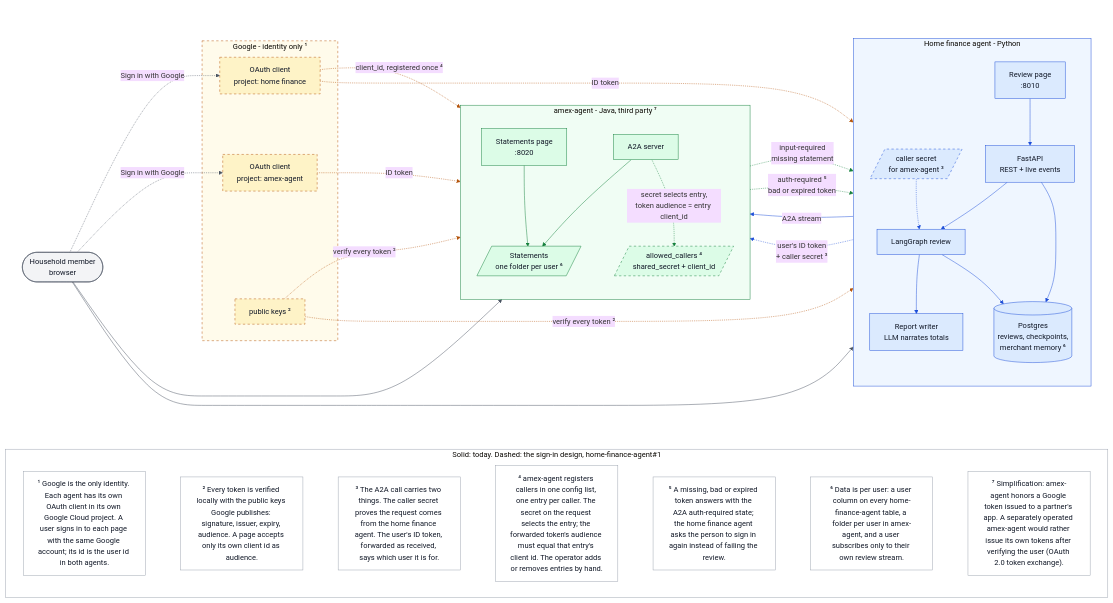
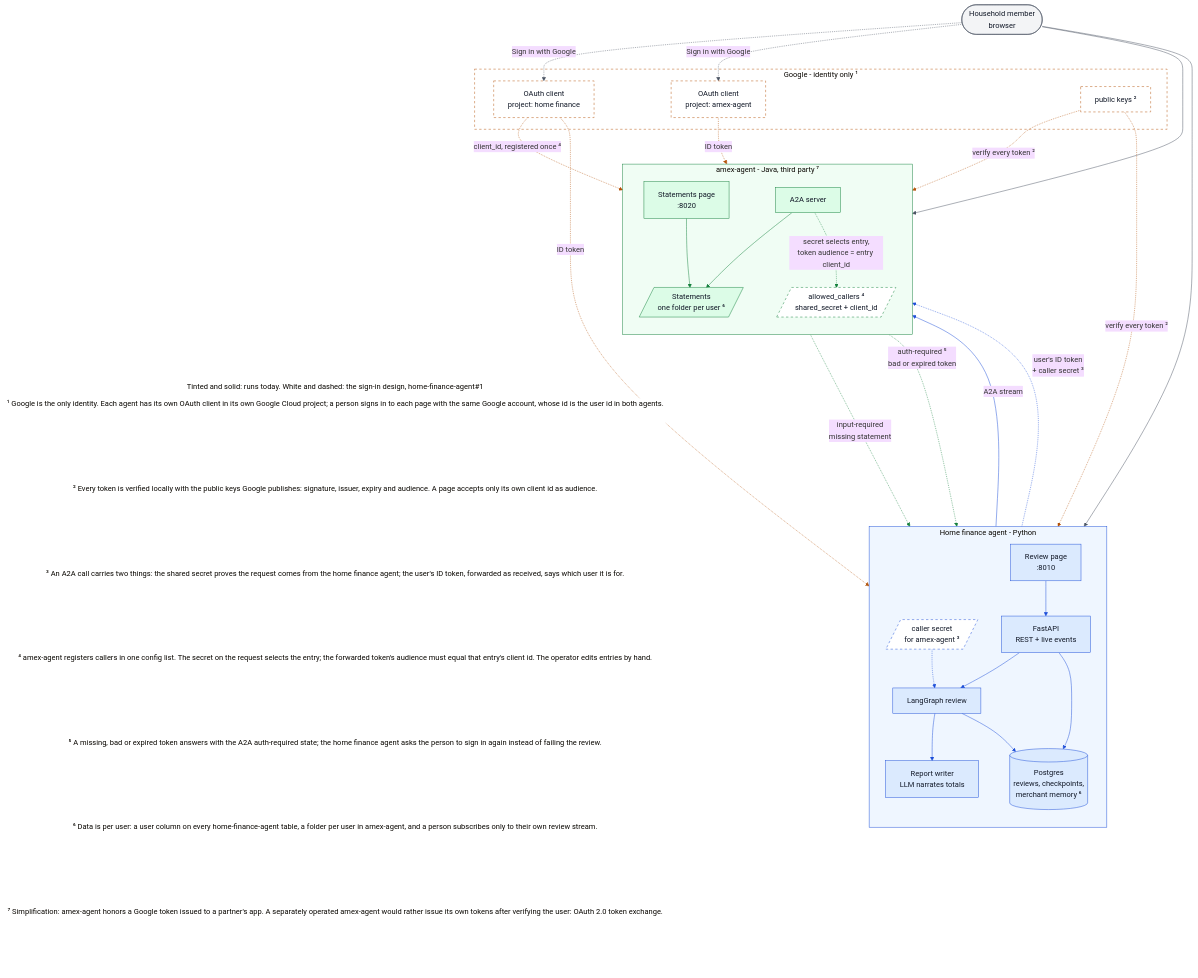
One commit to erancha/home-finance-agent changed the diagram in docs/agents-auth-plan.md. Above: the diagram before and after it, drawn with Mermaid (base theme). The commit also changed other lines of this file, not shown here.

Commit message:
Keep the sign-in diagram legible in renderers that drop dashes and wrap labels
GitHub's Mermaid wraps node text at 200 pixels and Zoom Whiteboard's discards dash styling and
ignores a subgraph's direction, so the diagram read differently in each: a tall strip of notes in
one, no visible distinction between today's pieces and the design in the other.

docs/agents-auth-plan.md now draws the design in plain top-to-bottom layout, marks planned pieces
by white fill as well as dashes, and carries the numbered notes as subgraph titles, which neither
renderer wraps.

#1

````diff
--- a/docs/agents-auth-plan.md
+++ b/docs/agents-auth-plan.md
@@ -14,7 +14,5 @@
 ```mermaid
 flowchart TB
-  subgraph DIAG[ ]
-  direction LR
   U([Household member<br/>browser])
 
   subgraph HFA[Home finance agent  - Python]
@@ -70,43 +68,62 @@
   GC1 -. "client_id, registered once ⁴" .-> AREG
   GK -. "verify every token ²" .-> HFA
   GK -. "verify every token ²" .-> AMX
+
+  subgraph NOTES[Tinted and solid: runs today. White and dashed: the sign-in design, home-finance-agent#1]
+    direction TB
+    subgraph N1[¹ Google is the only identity. Each agent has its own OAuth client in its own Google Cloud project; a person signs in to each page with the same Google account, whose id is the user id in both agents.]
+      n1[ ]
+    end
+    subgraph N2[² Every token is verified locally with the public keys Google publishes: signature, issuer, expiry and audience. A page accepts only its own client id as audience.]
+      n2[ ]
+    end
+    subgraph N3[³ An A2A call carries two things: the shared secret proves the request comes from the home finance agent; the user's ID token, forwarded as received, says which user it is for.]
+      n3[ ]
+    end
+    subgraph N4[⁴ amex-agent registers callers in one config list. The secret on the request selects the entry; the forwarded token's audience must equal that entry's client id. The operator edits entries by hand.]
+      n4[ ]
+    end
+    subgraph N5[⁵ A missing, bad or expired token answers with the A2A auth-required state; the home finance agent asks the person to sign in again instead of failing the review.]
+      n5[ ]
+    end
+    subgraph N6[⁶ Data is per user: a user column on every home-finance-agent table, a folder per user in amex-agent, and a person subscribes only to their own review stream.]
+      n6[ ]
+    end
+    subgraph N7[⁷ Simplification: amex-agent honors a Google token issued to a partner's app. A separately operated amex-agent would rather issue its own tokens after verifying the user: OAuth 2.0 token exchange.]
+      n7[ ]
+    end
+    n1 ~~~ n2 ~~~ n3 ~~~ n4 ~~~ n5 ~~~ n6 ~~~ n7
   end
-
-  subgraph NOTES[Solid: today. Dashed: the sign-in design, home-finance-agent#1]
-    direction LR
-    N1["¹ Google is the only identity. Each agent has its own OAuth client in its own Google Cloud project. A user signs in to each page with the same Google account; its id is the user id in both agents."]
-    N2["² Every token is verified locally with the public keys Google publishes: signature, issuer, expiry, audience. A page accepts only its own client id as audience."]
-    N3["³ The A2A call carries two things. The caller secret proves the request comes from the home finance agent. The user's ID token, forwarded as received, says which user it is for."]
-    N4["⁴ amex-agent registers callers in one config list, one entry per caller. The secret on the request selects the entry; the forwarded token's audience must equal that entry's client id. The operator adds or removes entries by hand."]
-    N5["⁵ A missing, bad or expired token answers with the A2A auth-required state; the home finance agent asks the person to sign in again instead of failing the review."]
-    N6["⁶ Data is per user: a user column on every home-finance-agent table, a folder per user in amex-agent, and a user subscribes only to their own review stream."]
-    N7["⁷ Simplification: amex-agent honors a Google token issued to a partner's app. A separately operated amex-agent would rather issue its own tokens after verifying the user (OAuth 2.0 token exchange)."]
-    N1 ~~~ N2 ~~~ N3 ~~~ N4 ~~~ N5 ~~~ N6 ~~~ N7
-  end
-  DIAG ~~~ NOTES
+  AFS ~~~ n1
 
   %% node colors per agent
   classDef user fill:#f3f4f6,stroke:#4b5563,color:#111827
   classDef hfa fill:#dbeafe,stroke:#1d4ed8,color:#111827
   classDef amx fill:#dcfce7,stroke:#15803d,color:#111827
   classDef goog fill:#fef3c7,stroke:#b45309,color:#111827
-  classDef planned stroke-dasharray: 5 5
-  classDef note fill:#ffffff,stroke:#9ca3af,color:#111827
+  classDef planned fill:#ffffff,stroke-dasharray: 5 5
+  classDef blank fill:#ffffff,stroke:#ffffff,color:#ffffff
   class U user
   class HP,HAPI,HG,HLLM,HDB,HSEC hfa
   class AP,AA2A,AFS,AREG amx
   class GC1,GC2,GK goog
   class GC1,GC2,GK,AREG,HSEC planned
-  class N1,N2,N3,N4,N5,N6,N7 note
+  class n1,n2,n3,n4,n5,n6,n7 blank
   style HFA fill:#eff6ff,stroke:#1d4ed8
   style AMX fill:#f0fdf4,stroke:#15803d
-  style GOOG fill:#fffbeb,stroke:#b45309,stroke-dasharray: 5 5
-  style DIAG fill:#ffffff,stroke:#ffffff
-  style NOTES fill:#ffffff,stroke:#9ca3af
+  style GOOG fill:#ffffff,stroke:#b45309,stroke-dasharray: 5 5
+  style NOTES fill:#ffffff,stroke:#ffffff
 
   %% arrow colors by originating agent
   linkStyle 0,1,2,3 stroke:#4b5563
   linkStyle 4,5,6,7,8,9,10,11 stroke:#1d4ed8
   linkStyle 12,13,14,15,16 stroke:#15803d
   linkStyle 17,18,19,20,21 stroke:#b45309
+  style N1 fill:#ffffff,stroke:#ffffff
+  style N2 fill:#ffffff,stroke:#ffffff
+  style N3 fill:#ffffff,stroke:#ffffff
+  style N4 fill:#ffffff,stroke:#ffffff
+  style N5 fill:#ffffff,stroke:#ffffff
+  style N6 fill:#ffffff,stroke:#ffffff
+  style N7 fill:#ffffff,stroke:#ffffff
 ```
````
